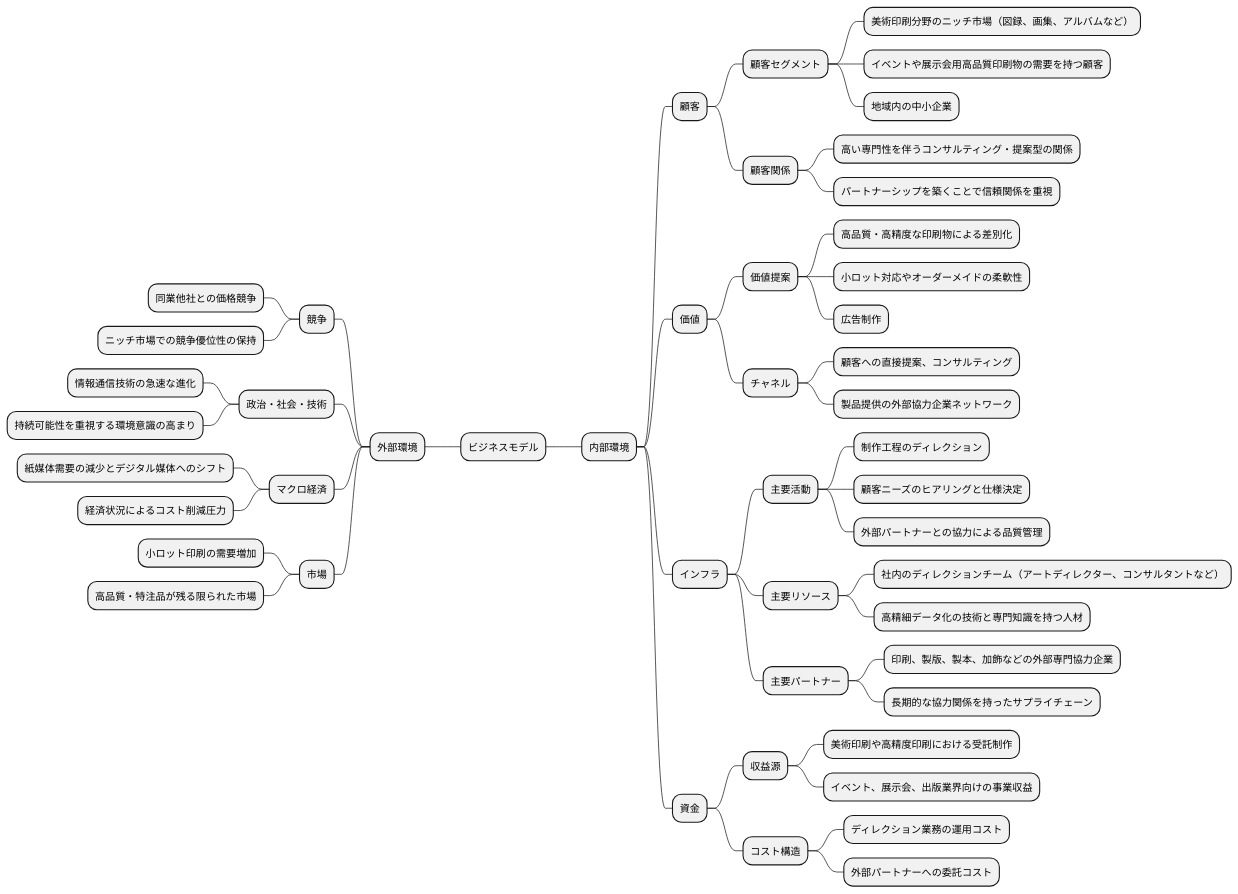
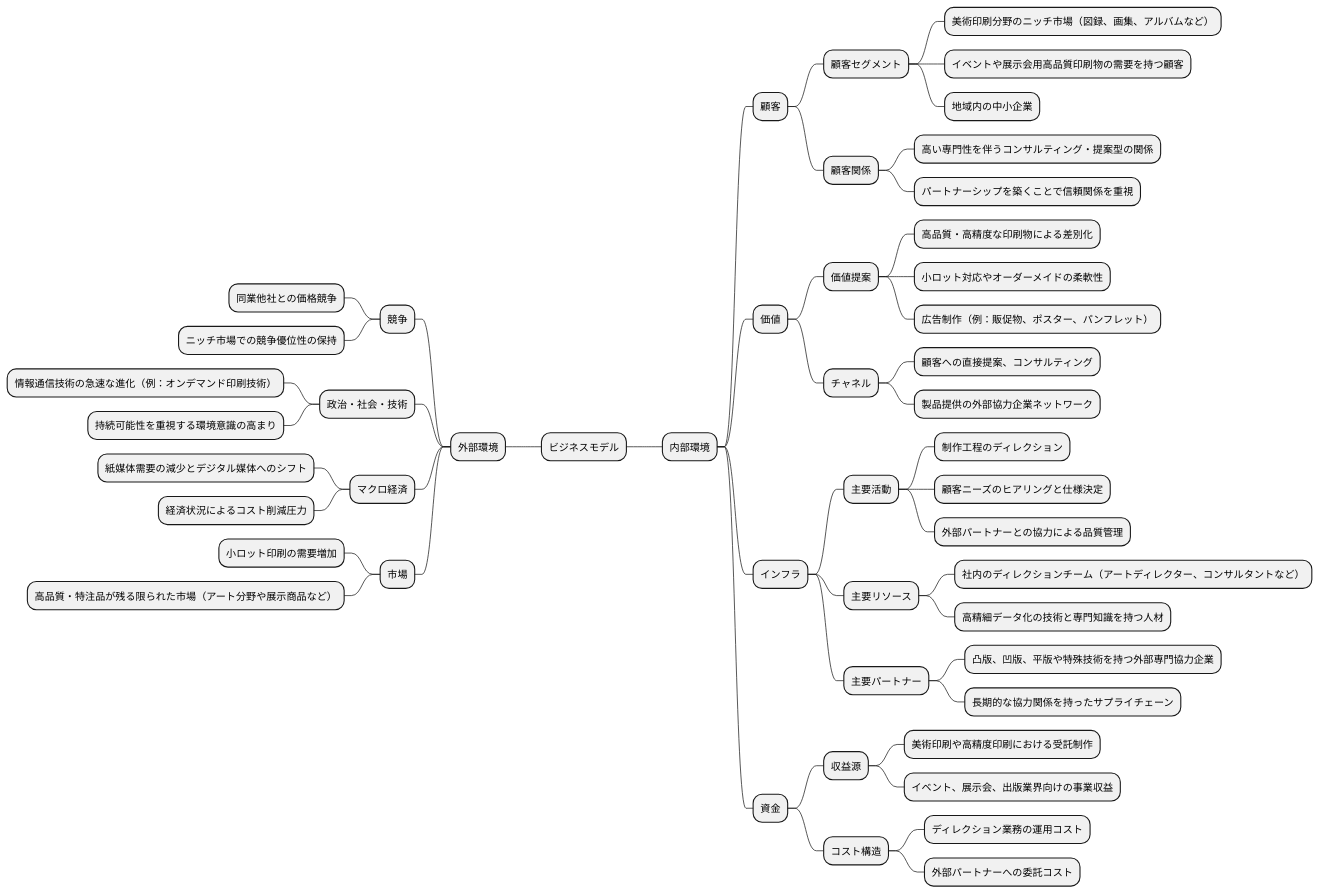
The second of 19 diagrams in docs/case/r03_case_1.adoc (k2works/case-study-business-analysis), drawn with PlantUML before and after one commit. The commit also changed other lines of this file, not shown here.

```diff
--- a/docs/case/r03_case_1.adoc
+++ b/docs/case/r03_case_1.adoc
@@ -58,56 +58,57 @@
 [plantuml]
 ----
 @startmindmap
 
 * ビジネスモデル
 ** 内部環境
 *** 顧客
 **** 顧客セグメント
 ***** 美術印刷分野のニッチ市場（図録、画集、アルバムなど）
 ***** イベントや展示会用高品質印刷物の需要を持つ顧客
 ***** 地域内の中小企業
 **** 顧客関係
 ***** 高い専門性を伴うコンサルティング・提案型の関係
 ***** パートナーシップを築くことで信頼関係を重視
 *** 価値
 **** 価値提案
 ***** 高品質・高精度な印刷物による差別化
 ***** 小ロット対応やオーダーメイドの柔軟性
-***** 広告制作
+***** 広告制作（例：販促物、ポスター、パンフレット）
 **** チャネル
 ***** 顧客への直接提案、コンサルティング
 ***** 製品提供の外部協力企業ネットワーク
 *** インフラ
 **** 主要活動
 ***** 制作工程のディレクション
 ***** 顧客ニーズのヒアリングと仕様決定
 ***** 外部パートナーとの協力による品質管理
 **** 主要リソース
 ***** 社内のディレクションチーム（アートディレクター、コンサルタントなど）
 ***** 高精細データ化の技術と専門知識を持つ人材
 **** 主要パートナー
-***** 印刷、製版、製本、加飾などの外部専門協力企業
+***** 凸版、凹版、平版や特殊技術を持つ外部専門協力企業
 ***** 長期的な協力関係を持ったサプライチェーン
 *** 資金
 **** 収益源
 ***** 美術印刷や高精度印刷における受託制作
 ***** イベント、展示会、出版業界向けの事業収益
 **** コスト構造
 ***** ディレクション業務の運用コスト
 ***** 外部パートナーへの委託コスト
 left side
 ** 外部環境
 *** 競争
 **** 同業他社との価格競争
 **** ニッチ市場での競争優位性の保持
 *** 政治・社会・技術
-**** 情報通信技術の急速な進化
+**** 情報通信技術の急速な進化（例：オンデマンド印刷技術）
 **** 持続可能性を重視する環境意識の高まり
 *** マクロ経済
 **** 紙媒体需要の減少とデジタル媒体へのシフト
 **** 経済状況によるコスト削減圧力
 *** 市場
 **** 小ロット印刷の需要増加
-**** 高品質・特注品が残る限られた市場
+**** 高品質・特注品が残る限られた市場（アート分野や展示商品など）
+
 @endmindmap
 ----
```
